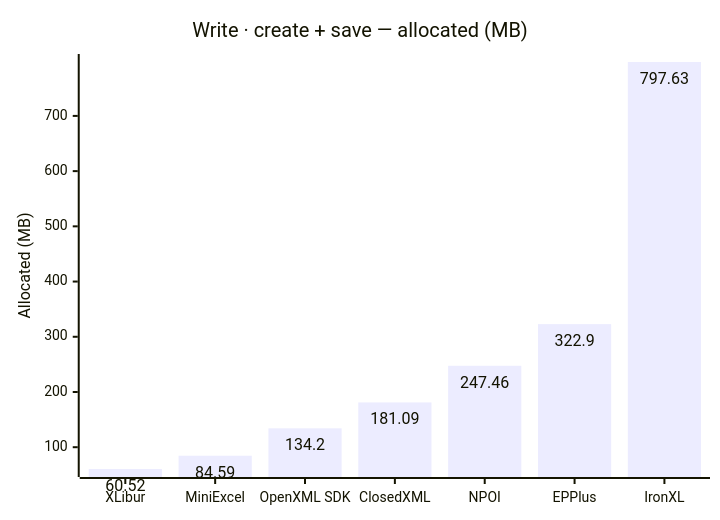
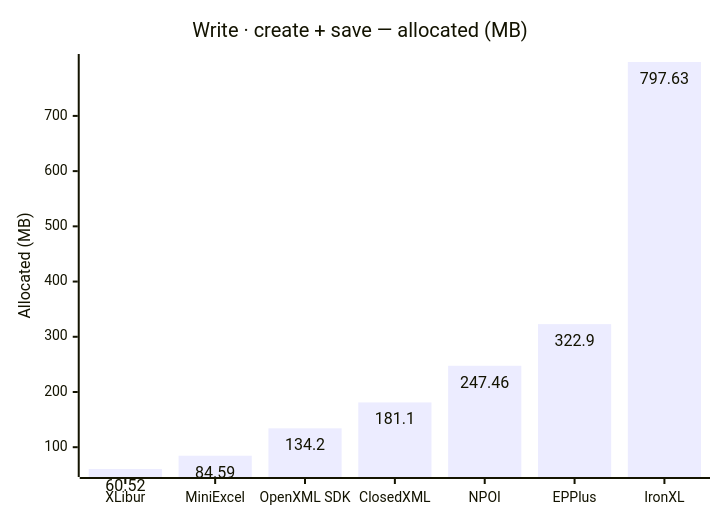
One commit to jafin/XLBench changed the sixth of 10 diagrams in docs/results.md. Above: the diagram before and after it, drawn with Mermaid. The commit also changed other lines of this file and 5 other files, not shown here.

````diff
--- a/docs/results.md
+++ b/docs/results.md
@@ -100,12 +100,12 @@
 ```mermaid
 ---
 config:
   xyChart:
     showDataLabel: true
 ---
 xychart-beta
     title "Write · create + save — allocated (MB)"
     x-axis ["XLibur", "MiniExcel", "OpenXML SDK", "ClosedXML", "NPOI", "EPPlus", "IronXL"]
     y-axis "Allocated (MB)"
-    bar [60.52, 84.59, 134.2, 181.09, 247.46, 322.9, 797.63]
+    bar [60.52, 84.59, 134.2, 181.1, 247.46, 322.9, 797.63]
 ```
````
